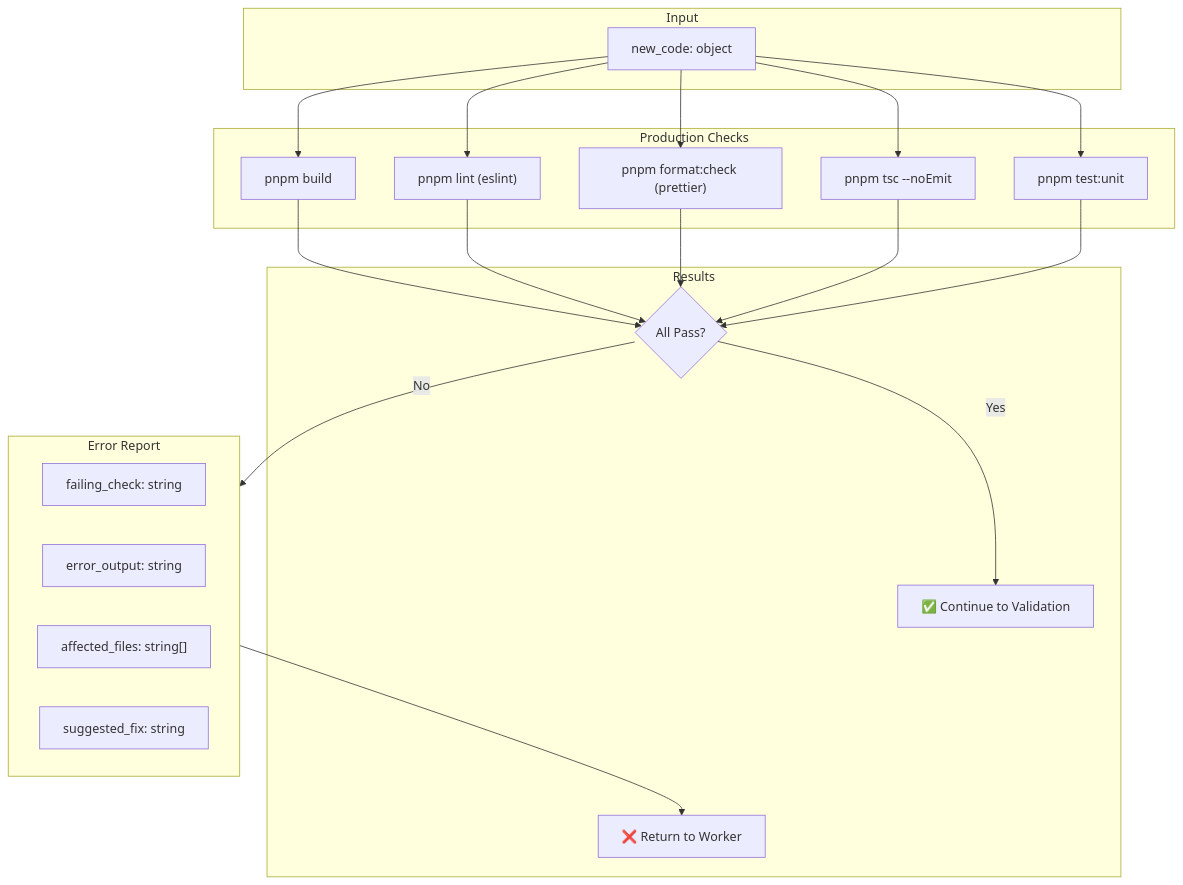
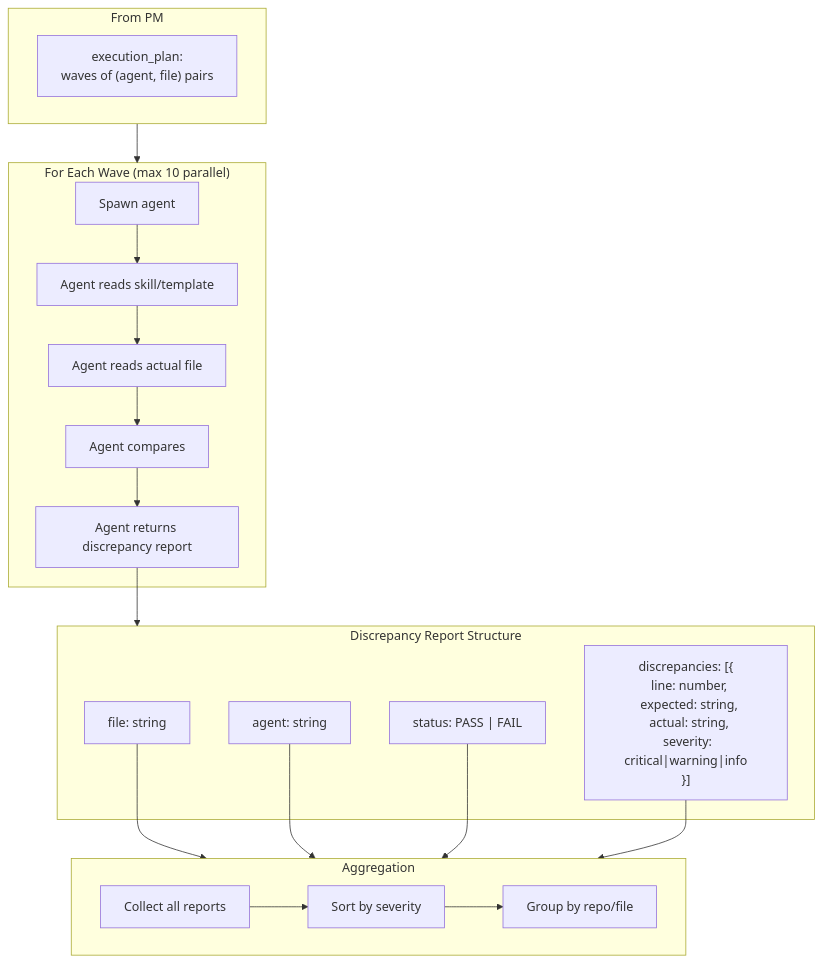
One commit to metasaver/metasaver-marketplace changed the fifth of 8 diagrams in docs/audit-command-target-state.md. Above: the diagram before and after it, drawn with Mermaid. The commit also changed other lines of this file and 66 other files, not shown here.

First line of the commit message:
Refactor `/ms` command target state and introduce no-barrel architecture

````diff
--- a/docs/audit-command-target-state.md
+++ b/docs/audit-command-target-state.md
@@ -528,33 +341,33 @@
 ```mermaid
 flowchart TB
-    subgraph Input["Input"]
-        NC["new_code: object"]
+    subgraph Input["From PM"]
+        EP["execution_plan:<br/>waves of (agent, file) pairs"]
     end
 
-    subgraph Checks["Production Checks"]
-        C1["pnpm build"]
-        C2["pnpm lint (eslint)"]
-        C3["pnpm format:check (prettier)"]
-        C4["pnpm tsc --noEmit"]
-        C5["pnpm test:unit"]
+    subgraph Wave["For Each Wave (max 10 parallel)"]
+        W1["Spawn agent"]
+        W2["Agent reads skill/template"]
+        W3["Agent reads actual file"]
+        W4["Agent compares"]
+        W5["Agent returns discrepancy report"]
     end
 
-    subgraph Results["Results"]
-        R1{"All Pass?"}
-        PASS["✅ Continue to Validation"]
-        FAIL["❌ Return to Worker"]
+    subgraph Report["Discrepancy Report Structure"]
+        R1["file: string"]
+        R2["agent: string"]
+        R3["status: PASS | FAIL"]
+        R4["discrepancies: [{<br/>  line: number,<br/>  expected: string,<br/>  actual: string,<br/>  severity: critical|warning|info<br/>}]"]
     end
 
-    subgraph ErrorReport["Error Report"]
-        E1["failing_check: string"]
-        E2["error_output: string"]
-        E3["affected_files: string[]"]
-        E4["suggested_fix: string"]
+    subgraph Aggregate["Aggregation"]
+        A1["Collect all reports"]
+        A2["Sort by severity"]
+        A3["Group by repo/file"]
     end
 
-    NC --> C1 & C2 & C3 & C4 & C5
-    C1 & C2 & C3 & C4 & C5 --> R1
-    R1 -->|"Yes"| PASS
-    R1 -->|"No"| ErrorReport
-    ErrorReport --> FAIL
+    Input --> Wave
+    W1 --> W2 --> W3 --> W4 --> W5
+    W5 --> Report
+    R1 & R2 & R3 & R4 --> Aggregate
+    A1 --> A2 --> A3
 ```
````
